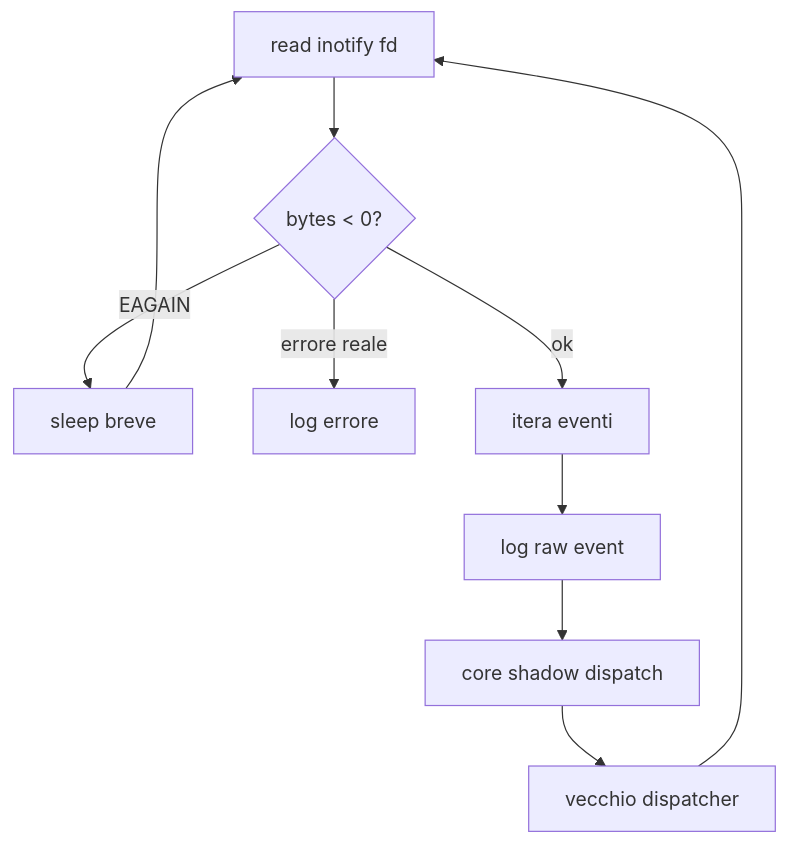
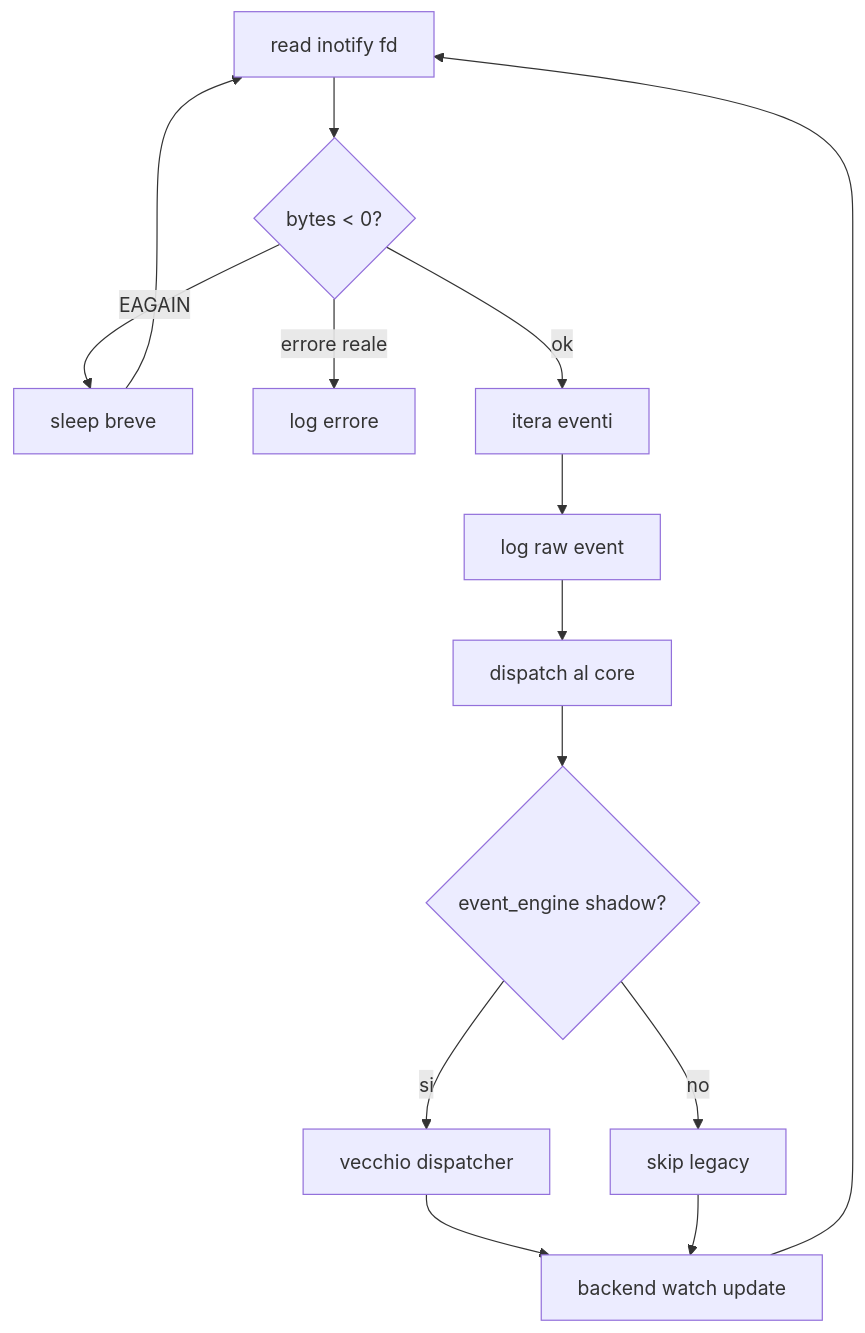
One commit to kinderp/alfred changed the second of 2 diagrams in docs/it/04-livello-applicazione.md. Above: the diagram before and after it, drawn with Mermaid. The commit also changed other lines of this file and 10 other files, not shown here.

````diff
--- a/docs/it/04-livello-applicazione.md
+++ b/docs/it/04-livello-applicazione.md
@@ -137,12 +137,16 @@
 ```mermaid
 flowchart TD
     A[read inotify fd] --> B{bytes < 0?}
     B -->|EAGAIN| C[sleep breve]
     C --> A
     B -->|errore reale| D[log errore]
     B -->|ok| E[itera eventi]
     E --> F[log raw event]
-    F --> G[core shadow dispatch]
-    G --> H[vecchio dispatcher]
-    H --> A
+    F --> G[dispatch al core]
+    G --> H{event_engine shadow?}
+    H -->|si| I[vecchio dispatcher]
+    H -->|no| J[skip legacy]
+    I --> K[backend watch update]
+    J --> K
+    K --> A
 ```
````
